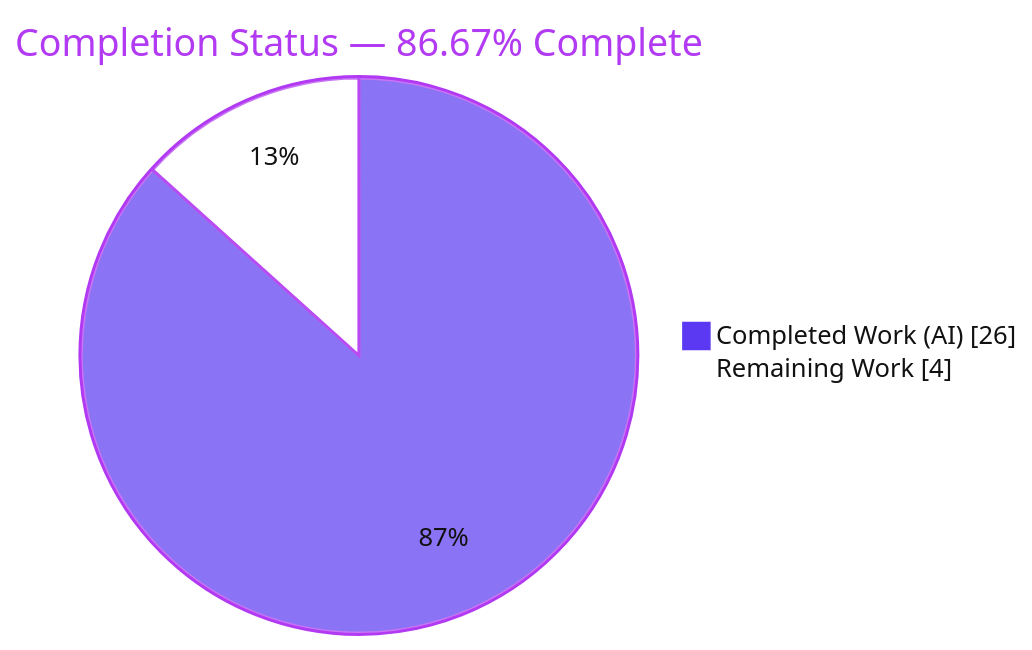
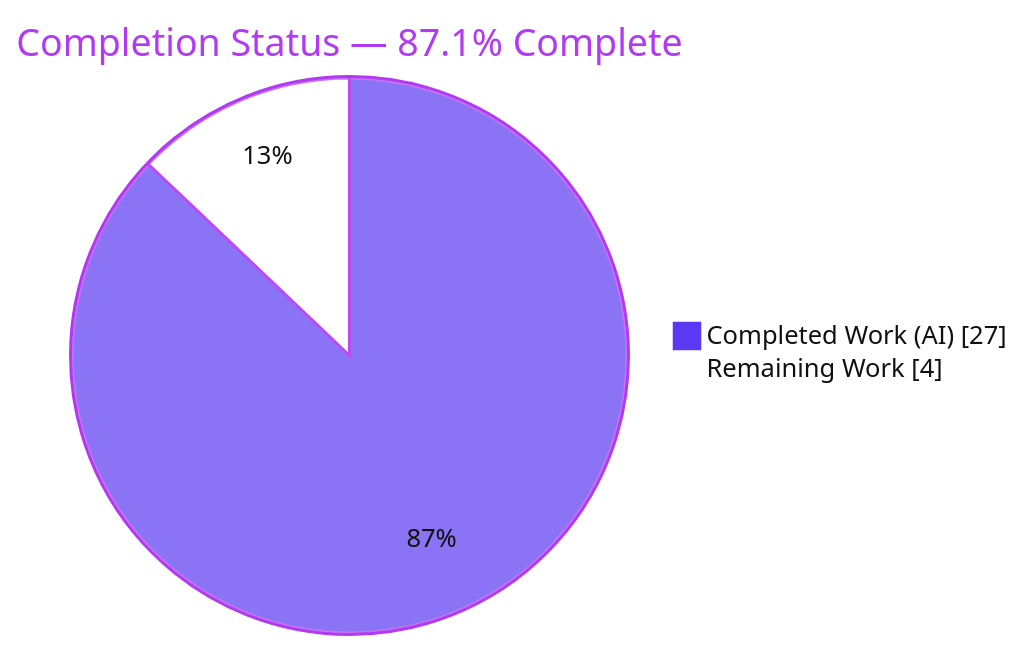
Before and after one commit to blitzy-public-samples/blitzy-WebVella-ERP: the first of 3 diagrams in blitzy/documentation/Project Guide.md, drawn with Mermaid. The commit also changed other lines of this file, not shown here.

Commit message:
Adding Blitzy Project Guide: Project Status and Human Tasks Remaining

````diff
--- a/blitzy/documentation/Project Guide.md
+++ b/blitzy/documentation/Project Guide.md
@@ -18,6 +19,6 @@
 ```mermaid
 %%{init: {'theme':'base', 'themeVariables': {'pie1':'#5B39F3','pie2':'#FFFFFF','pieStrokeColor':'#B23AF2','pieOuterStrokeColor':'#B23AF2','pieTitleTextColor':'#B23AF2','pieSectionTextColor':'#111111','pieLegendTextColor':'#111111','pieStrokeWidth':'2px','pieOuterStrokeWidth':'2px'}}}%%
-pie showData title Completion Status — 86.67% Complete
-    "Completed Work (AI)" : 26
+pie showData title Completion Status — 87.1% Complete
+    "Completed Work (AI)" : 27
     "Remaining Work" : 4
 ```
````
